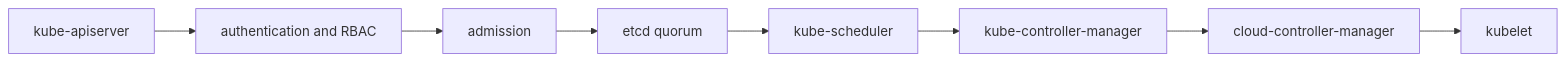
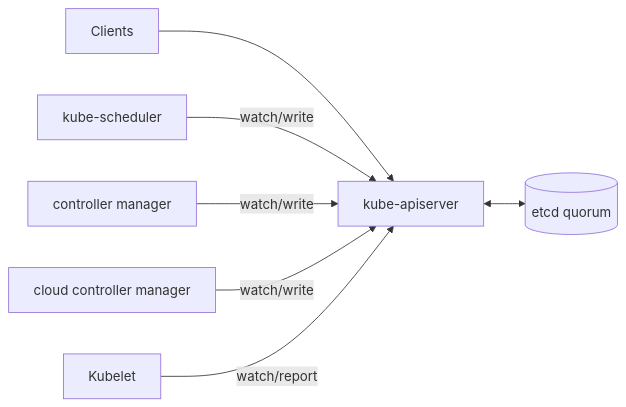
Before and after one commit to m1mohamad/devops-sre-prep: the diagram in docs/study/kubernetes/02-control-plane.md, drawn with Mermaid. The commit also changed other lines of this file and 106 other files, not shown here.

````diff
--- a/docs/study/kubernetes/02-control-plane.md
+++ b/docs/study/kubernetes/02-control-plane.md
@@ -15,4 +19,9 @@
 ```mermaid
 flowchart LR
-  N0[kube-apiserver] --> N1[authentication and RBAC] --> N2[admission] --> N3[etcd quorum] --> N4[kube-scheduler] --> N5[kube-controller-manager] --> N6[cloud-controller-manager] --> N7[kubelet]
+  Clients --> API[kube-apiserver]
+  API <--> Etcd[(etcd quorum)]
+  Scheduler[kube-scheduler] -->|watch/write| API
+  Controllers[controller manager] -->|watch/write| API
+  Cloud[cloud controller manager] -->|watch/write| API
+  Kubelet -->|watch/report| API
 ```
````
